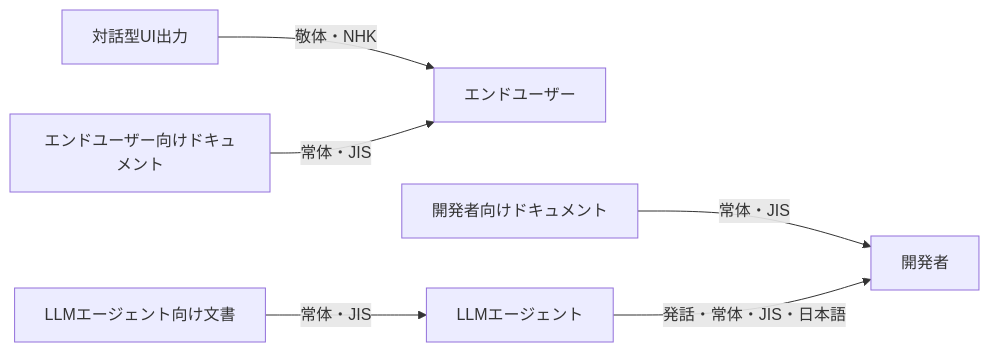
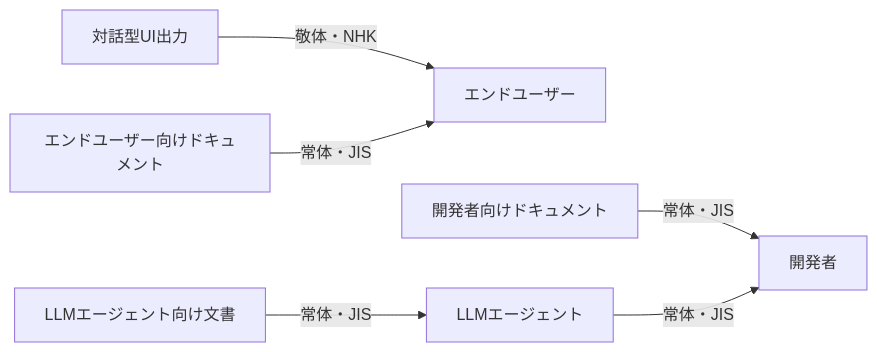
Before and after one commit to ak110/dotfiles: the diagram in .chezmoi-source/dot_claude/rules/agent-toolkit/styles.md, drawn with Mermaid. The commit also changed other lines of this file, not shown here.

Commit message:
docs(agent-toolkit): 対象読者と文体節を読み手3軸で整理する

````diff
--- a/.chezmoi-source/dot_claude/rules/agent-toolkit/styles.md
+++ b/.chezmoi-source/dot_claude/rules/agent-toolkit/styles.md
@@ -45,8 +44,8 @@
 ```mermaid
 flowchart LR
     UI[対話型UI出力] -->|敬体・NHK| EU[エンドユーザー]
     UDoc[エンドユーザー向けドキュメント] -->|常体・JIS| EU
     DDoc[開発者向けドキュメント] -->|常体・JIS| Dev[開発者]
     ADoc[LLMエージェント向け文書] -->|常体・JIS| Agent[LLMエージェント]
-    Agent -->|発話・常体・JIS・日本語| Dev
+    Agent -->|常体・JIS| Dev
 ```
````
